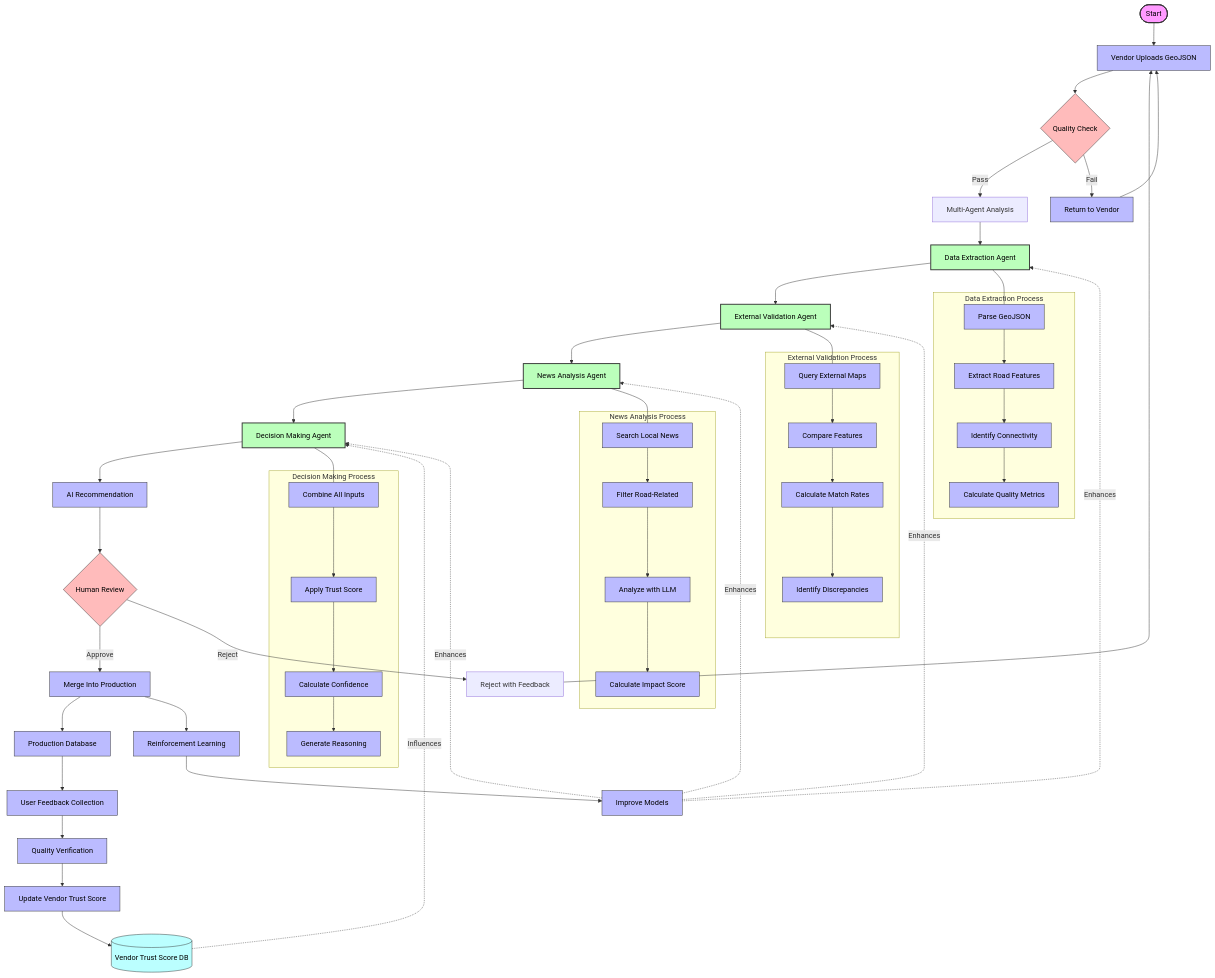
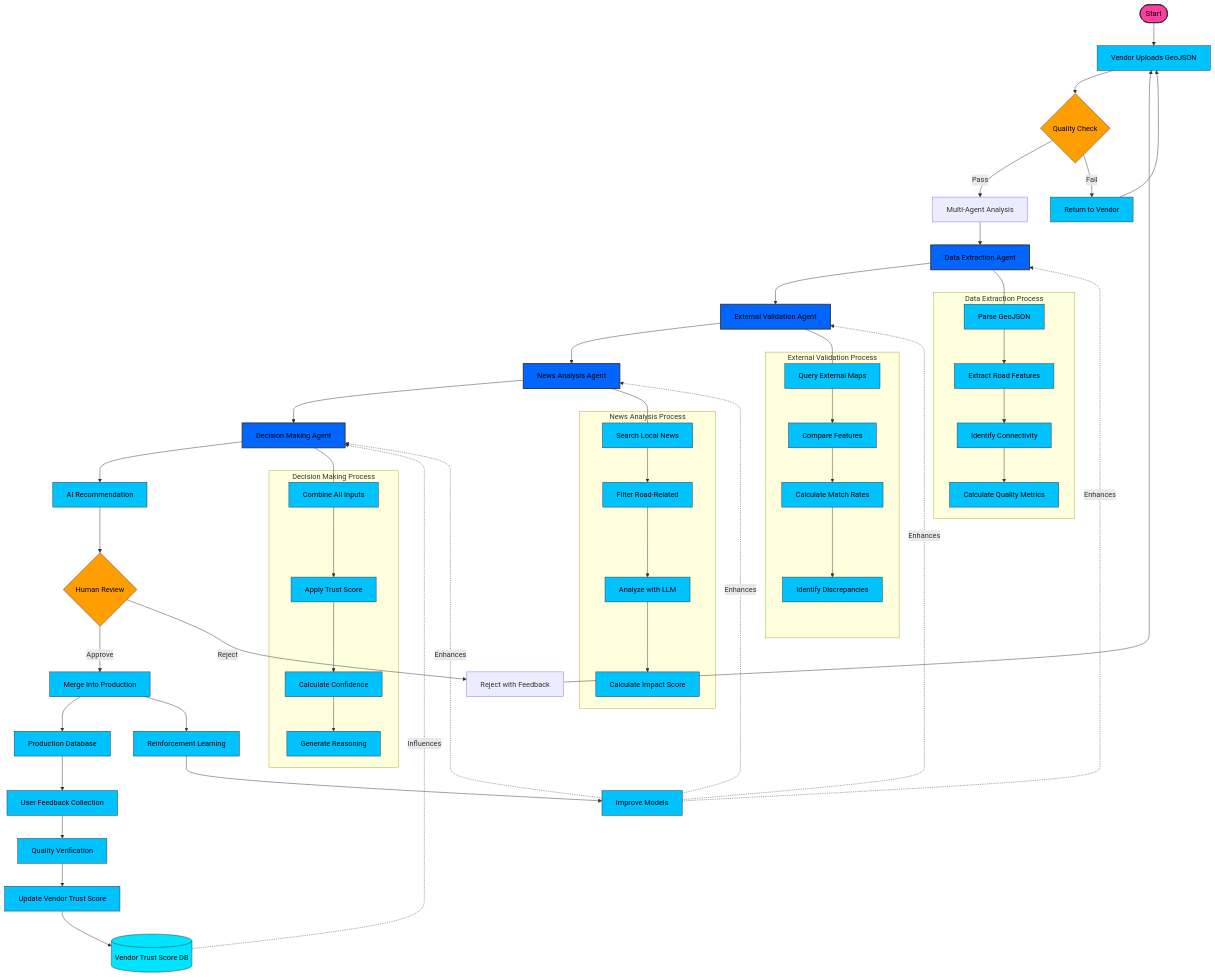
The fourth of 4 diagrams in README.md (r04nx/here-hack), drawn with Mermaid before and after one commit. The commit also changed other lines of this file, not shown here.

````diff
--- a/README.md
+++ b/README.md
@@ -289,81 +289,81 @@
 ```mermaid
 flowchart TD
     %% Main flow
     Start([Start]) --> VU[Vendor Uploads GeoJSON]
     VU --> QC{Quality Check}
     QC -->|Pass| MA[Multi-Agent Analysis]
     QC -->|Fail| RE[Return to Vendor]
     RE --> VU
     
     %% Multi-agent analysis process
     MA --> DEA[Data Extraction Agent]
     DEA --> EVA[External Validation Agent]
     EVA --> NAA[News Analysis Agent]
     NAA --> DMA[Decision Making Agent]
     DMA --> AR[AI Recommendation]
     
     %% Human review process
     AR --> HR{Human Review}
     HR -->|Approve| MI[Merge Into Production]
     HR -->|Reject| RJ[Reject with Feedback]
     RJ --> VU
     
     %% Feedback loop
     MI --> PD[Production Database]
     PD --> UF[User Feedback Collection]
     UF --> QV[Quality Verification]
     QV --> TS[Update Vendor Trust Score]
     TS --> VTS[(Vendor Trust Score DB)]
     VTS -.->|Influences| DMA
     
     %% Data enrichment
     MI --> RL[Reinforcement Learning]
     RL --> IM[Improve Models]
     IM -.->|Enhances| DEA
     IM -.->|Enhances| EVA
     IM -.->|Enhances| NAA
     IM -.->|Enhances| DMA
     
     %% Detailed steps for each agent
     subgraph "Data Extraction Process"
         DEA1[Parse GeoJSON] --> DEA2[Extract Road Features]
         DEA2 --> DEA3[Identify Connectivity]
         DEA3 --> DEA4[Calculate Quality Metrics]
     end
     DEA --- DEA1
     
     subgraph "External Validation Process"
         EVA1[Query External Maps] --> EVA2[Compare Features]
         EVA2 --> EVA3[Calculate Match Rates]
         EVA3 --> EVA4[Identify Discrepancies]
     end
     EVA --- EVA1
     
     subgraph "News Analysis Process"
         NAA1[Search Local News] --> NAA2[Filter Road-Related]
         NAA2 --> NAA3[Analyze with LLM]
         NAA3 --> NAA4[Calculate Impact Score]
     end
     NAA --- NAA1
     
     subgraph "Decision Making Process"
         DMA1[Combine All Inputs] --> DMA2[Apply Trust Score]
         DMA2 --> DMA3[Calculate Confidence]
         DMA3 --> DMA4[Generate Reasoning]
     end
     DMA --- DMA1
     
     %% Styling
-    classDef process fill:#bbf,stroke:#333,stroke-width:1px,color:#000
-    classDef decision fill:#fbb,stroke:#333,stroke-width:1px,color:#000
-    classDef agent fill:#bfb,stroke:#333,stroke-width:2px,color:#000
-    classDef storage fill:#bff,stroke:#333,stroke-width:1px,color:#000
-    classDef start fill:#f9f,stroke:#333,stroke-width:2px,color:#000
+    classDef process fill:#00c2ff,stroke:#333,stroke-width:1px,color:#000
+    classDef decision fill:#ff9e00,stroke:#333,stroke-width:1px,color:#000
+    classDef agent fill:#0066ff,stroke:#333,stroke-width:2px,color:#000
+    classDef storage fill:#00e5ff,stroke:#333,stroke-width:1px,color:#000
+    classDef start fill:#ff3e9d,stroke:#333,stroke-width:2px,color:#000
     
     class Start start
     class VU,RE,AR,MI,PD,UF,QV,TS,RL,IM process
     class QC,HR decision
     class DEA,EVA,NAA,DMA agent
     class VTS storage
     class DEA1,DEA2,DEA3,DEA4,EVA1,EVA2,EVA3,EVA4,NAA1,NAA2,NAA3,NAA4,DMA1,DMA2,DMA3,DMA4 process
 ```
````
